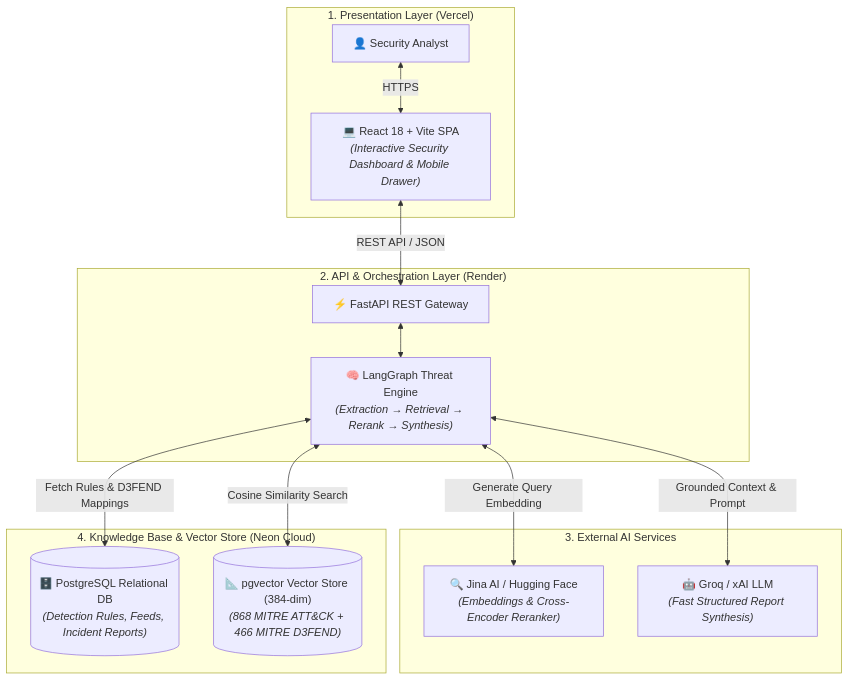
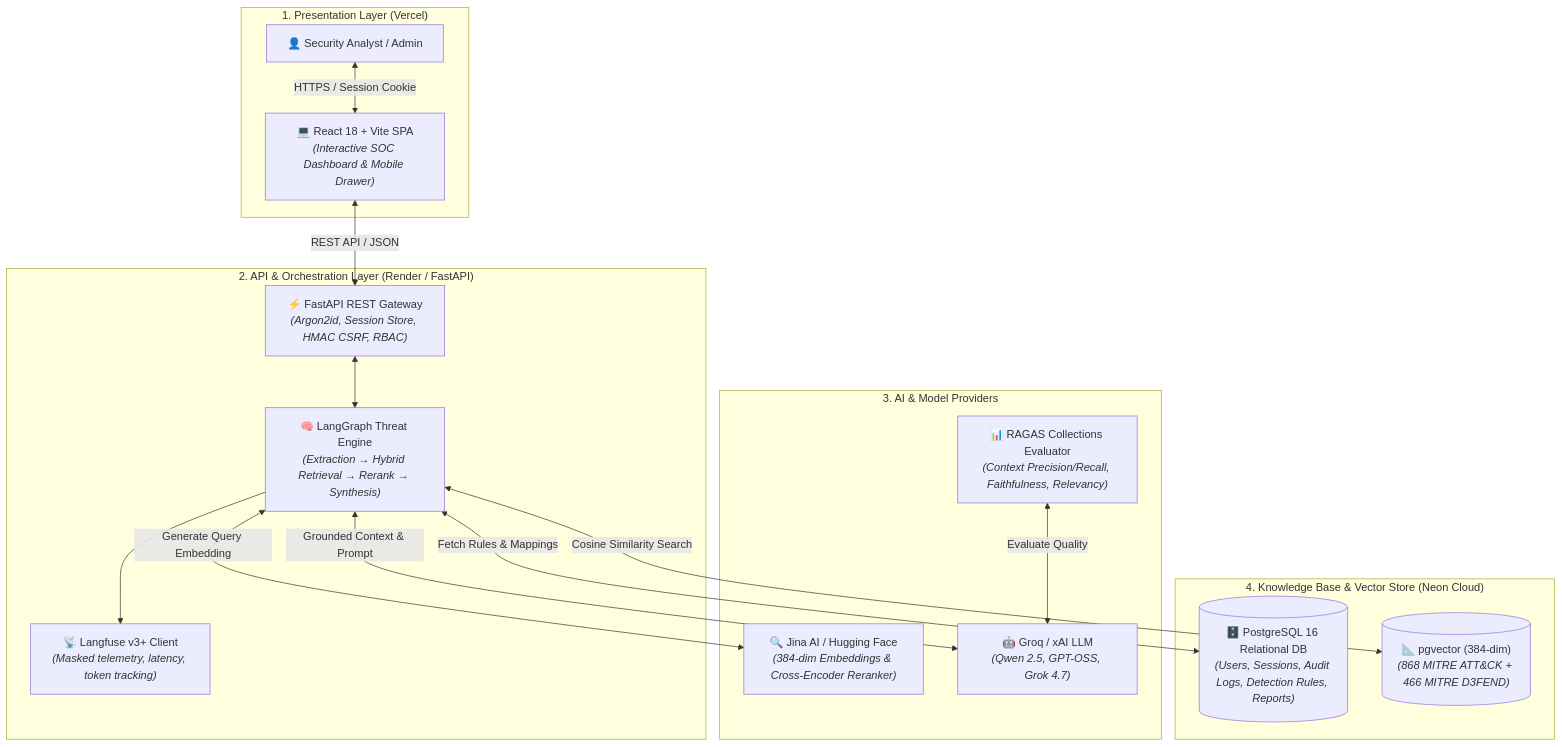
The first of 2 diagrams in README.md (CloudFlamedev/ITDR_RAG_Dashboard), drawn with Mermaid before and after one commit. The commit also changed other lines of this file, not shown here.

Commit message:
docs: update README with 3-layer evaluation architecture, live deployments, and workflows

````diff
--- a/README.md
+++ b/README.md
@@ -86,35 +94,39 @@
 ```mermaid
 flowchart TD
     %% TIER 1: CLIENT & DASHBOARD
     subgraph Tier1 ["1. Presentation Layer (Vercel)"]
-        User["👤 Security Analyst"]
-        Dashboard["💻 React 18 + Vite SPA<br/><i>(Interactive Security Dashboard & Mobile Drawer)</i>"]
-        User <-->|HTTPS| Dashboard
+        User["👤 Security Analyst / Admin"]
+        Dashboard["💻 React 18 + Vite SPA<br/><i>(Interactive SOC Dashboard & Mobile Drawer)</i>"]
+        User <-->|HTTPS / Session Cookie| Dashboard
     end
 
     %% TIER 2: BACKEND & ORCHESTRATION
-    subgraph Tier2 ["2. API & Orchestration Layer (Render)"]
-        API["⚡ FastAPI REST Gateway"]
-        Workflow["🧠 LangGraph Threat Engine<br/><i>(Extraction → Retrieval → Rerank → Synthesis)</i>"]
+    subgraph Tier2 ["2. API & Orchestration Layer (Render / FastAPI)"]
+        API["⚡ FastAPI REST Gateway<br/><i>(Argon2id, Session Store, HMAC CSRF, RBAC)</i>"]
+        Workflow["🧠 LangGraph Threat Engine<br/><i>(Extraction → Hybrid Retrieval → Rerank → Synthesis)</i>"]
+        Telemetry["📡 Langfuse v3+ Client<br/><i>(Masked telemetry, latency, token tracking)</i>"]
         Dashboard <-->|REST API / JSON| API
         API <--> Workflow
+        Workflow --> Telemetry
     end
 
     %% TIER 3: AI SERVICES
-    subgraph Tier3 ["3. External AI Services"]
-        Embedder["🔍 Jina AI / Hugging Face<br/><i>(Embeddings & Cross-Encoder Reranker)</i>"]
-        LLM["🤖 Groq / xAI LLM<br/><i>(Fast Structured Report Synthesis)</i>"]
+    subgraph Tier3 ["3. AI & Model Providers"]
+        Embedder["🔍 Jina AI / Hugging Face<br/><i>(384-dim Embeddings & Cross-Encoder Reranker)</i>"]
+        LLM["🤖 Groq / xAI LLM<br/><i>(Qwen 2.5, GPT-OSS, Grok 4.7)</i>"]
+        RAGAS["📊 RAGAS Collections Evaluator<br/><i>(Context Precision/Recall, Faithfulness, Relevancy)</i>"]
     end
 
     %% TIER 4: DATABASE & KNOWLEDGE BASE
     subgraph Tier4 ["4. Knowledge Base & Vector Store (Neon Cloud)"]
-        RelationalDB[("🗄️ PostgreSQL Relational DB<br/><i>(Detection Rules, Feeds, Incident Reports)</i>")]
-        VectorStore[("📐 pgvector Vector Store (384-dim)<br/><i>(868 MITRE ATT&CK + 466 MITRE D3FEND)</i>")]
+        RelationalDB[("🗄️ PostgreSQL 16 Relational DB<br/><i>(Users, Sessions, Audit Logs, Detection Rules, Reports)</i>")]
+        VectorStore[("📐 pgvector (384-dim)<br/><i>(868 MITRE ATT&CK + 466 MITRE D3FEND)</i>")]
     end
 
     %% FLOW CONNECTIONS
     Workflow <-->|Generate Query Embedding| Embedder
     Workflow <-->|Cosine Similarity Search| VectorStore
-    Workflow <-->|Fetch Rules & D3FEND Mappings| RelationalDB
+    Workflow <-->|Fetch Rules & Mappings| RelationalDB
     Workflow <-->|Grounded Context & Prompt| LLM
+    RAGAS <-->|Evaluate Quality| LLM
 ```
````
